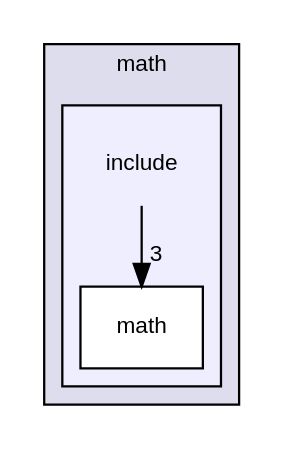
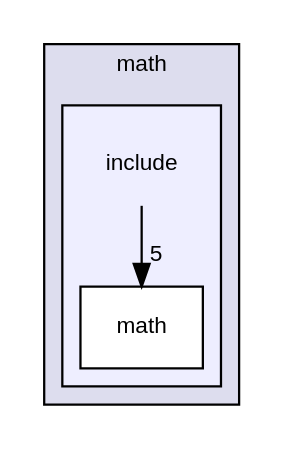
The diagram in docs/dir_ae521b40900f65e001f9918ef6cf05b7_dep.dot (YuruTu/NANA), drawn with Graphviz before and after one commit. The commit also changed 123 other files, not shown here.

```diff
--- a/docs/dir_ae521b40900f65e001f9918ef6cf05b7_dep.dot
+++ b/docs/dir_ae521b40900f65e001f9918ef6cf05b7_dep.dot
@@ -1,14 +1,14 @@
 digraph "NANA/modules/math/include" {
   compound=true
   node [ fontsize="10", fontname="Helvetica"];
   edge [ labelfontsize="10", labelfontname="Helvetica"];
   subgraph clusterdir_b4523354886b5a0c83c88c960c3f222a {
     graph [ bgcolor="#ddddee", pencolor="black", label="math" fontname="Helvetica", fontsize="10", URL="dir_b4523354886b5a0c83c88c960c3f222a.html"]
   subgraph clusterdir_ae521b40900f65e001f9918ef6cf05b7 {
     graph [ bgcolor="#eeeeff", pencolor="black", label="" URL="dir_ae521b40900f65e001f9918ef6cf05b7.html"];
     dir_ae521b40900f65e001f9918ef6cf05b7 [shape=plaintext label="include"];
   dir_25e37a84575eb2688a125a02ece6c264 [shape=box label="math" fillcolor="white" style="filled" URL="dir_25e37a84575eb2688a125a02ece6c264.html"];
   }
   }
-  dir_ae521b40900f65e001f9918ef6cf05b7->dir_25e37a84575eb2688a125a02ece6c264 [headlabel="3", labeldistance=1.5 headhref="dir_000022_000023.html"];
+  dir_ae521b40900f65e001f9918ef6cf05b7->dir_25e37a84575eb2688a125a02ece6c264 [headlabel="5", labeldistance=1.5 headhref="dir_000022_000023.html"];
 }
```
